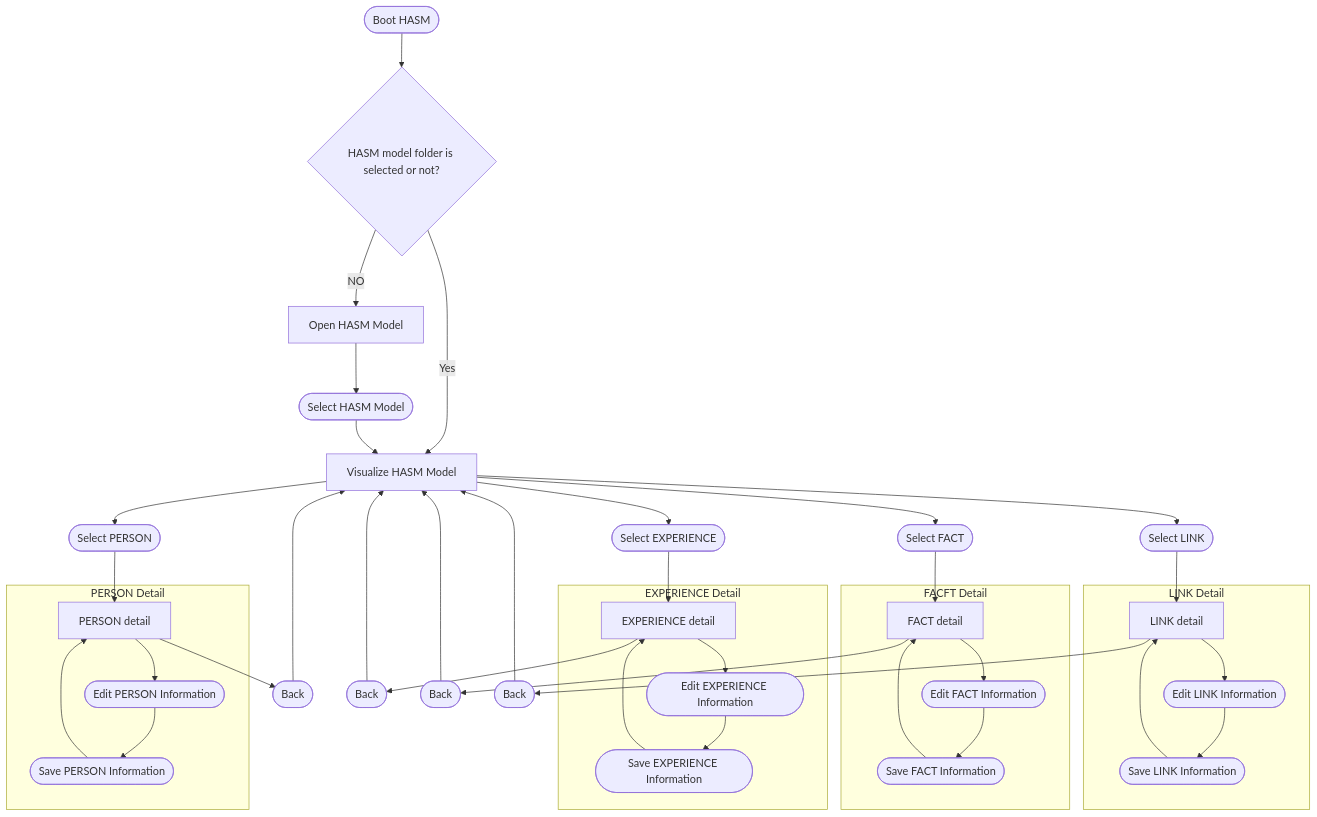
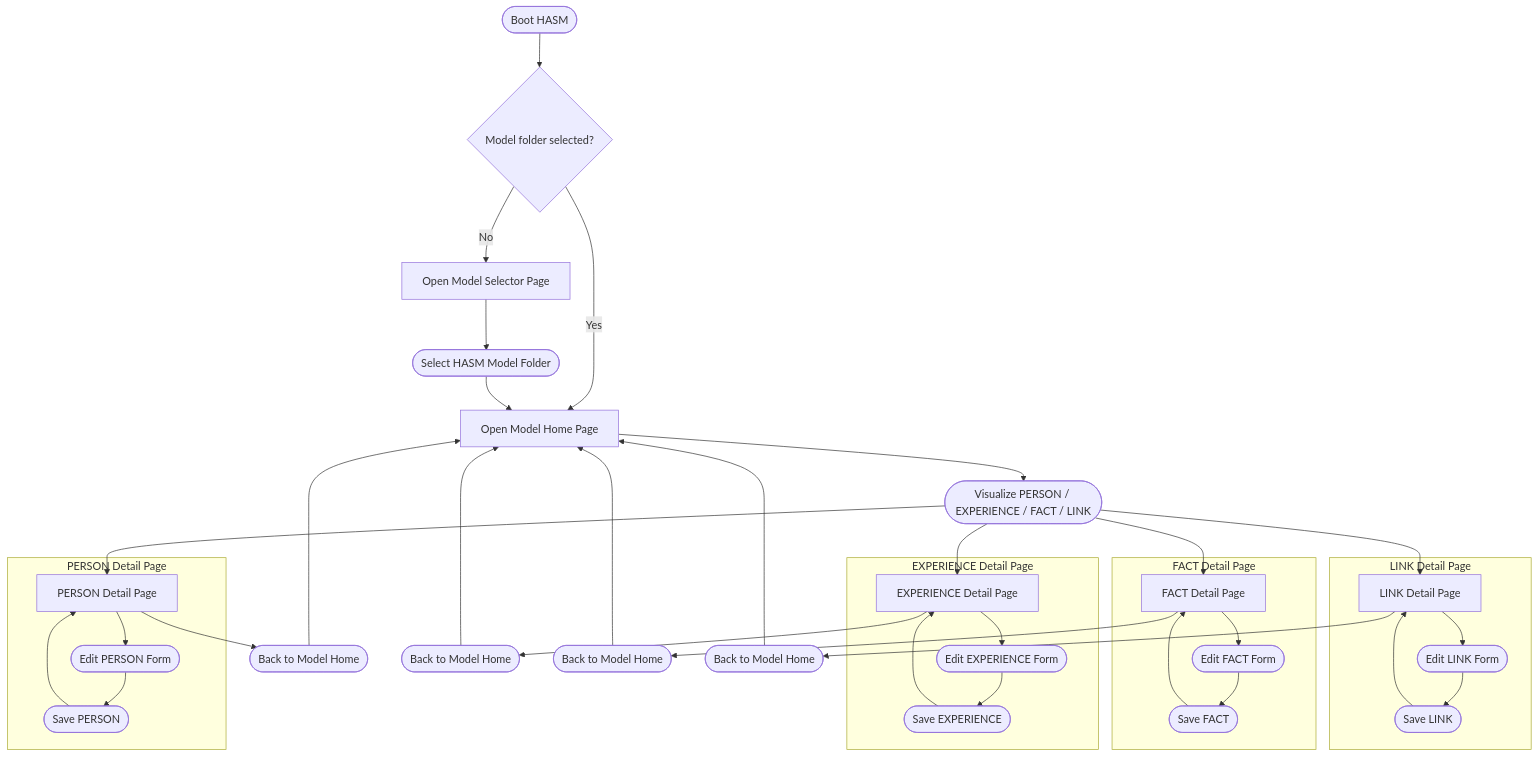
The diagram in docs/arch/06-frontend-hasm-model.md (HibiyaHaraki/hasm), drawn with Mermaid before and after one commit. The commit also changed other lines of this file and 11 other files, not shown here.

````diff
--- a/docs/arch/06-frontend-hasm-model.md
+++ b/docs/arch/06-frontend-hasm-model.md
@@ -8,51 +8,48 @@
 ```mermaid
 flowchart TD
-	A([Boot HASM]) --> B{HASM model folder is selected or not?}
-	B --Yes--> C[Visualize HASM Model]
-	B --NO--> D[Open HASM Model]
-	D --> E([Select HASM Model])
+	A([Boot HASM]) --> B{Model folder selected?}
+	B -- Yes --> C[Open Model Home Page]
+	B -- No --> D[Open Model Selector Page]
+	D --> E([Select HASM Model Folder])
 	E --> C
 
-	C --> P1([Select PERSON])
-	P1 --> P2[PERSON detail]
-	C --> E1([Select EXPERIENCE])
-	E1 --> E2[EXPERIENCE detail]
-	C --> F1([Select FACT])
-	F1 --> F2[FACT detail]
-	C --> L1([Select LINK])
-	L1 --> L2[LINK detail]
+	C --> C1([Visualize PERSON / EXPERIENCE / FACT / LINK])
+	C1 --> P2[PERSON Detail Page]
+	C1 --> E2[EXPERIENCE Detail Page]
+	C1 --> F2[FACT Detail Page]
+	C1 --> L2[LINK Detail Page]
 
-	subgraph "PERSON Detail"
-		P2 --> P3([Edit PERSON Information])
-		P3 --> P4([Save PERSON Information])
+	subgraph "PERSON Detail Page"
+		P2 --> P3([Edit PERSON Form])
+		P3 --> P4([Save PERSON])
 		P4 --> P2
 	end
 
-	subgraph "EXPERIENCE Detail"
-		E2 --> E3([Edit EXPERIENCE Information])
-		E3 --> E4([Save EXPERIENCE Information])
+	subgraph "EXPERIENCE Detail Page"
+		E2 --> E3([Edit EXPERIENCE Form])
+		E3 --> E4([Save EXPERIENCE])
 		E4 --> E2
 	end
 
-	subgraph "FACFT Detail"
-		F2 --> F3([Edit FACT Information])
-		F3 --> F4([Save FACT Information])
+	subgraph "FACT Detail Page"
+		F2 --> F3([Edit FACT Form])
+		F3 --> F4([Save FACT])
 		F4 --> F2
 	end
 
-	subgraph "LINK Detail"
-		L2 --> L3([Edit LINK Information])
-		L3 --> L4([Save LINK Information])
+	subgraph "LINK Detail Page"
+		L2 --> L3([Edit LINK Form])
+		L3 --> L4([Save LINK])
 		L4 --> L2
 	end
 
-	P2 --> P5([Back])
+	P2 --> P5([Back to Model Home])
 	P5 --> C
-	E2 --> E5([Back])
+	E2 --> E5([Back to Model Home])
 	E5 --> C
-	F2 --> F5([Back])
+	F2 --> F5([Back to Model Home])
 	F5 --> C
-	L2 --> L5([Back])
+	L2 --> L5([Back to Model Home])
 	L5 --> C
 
 ```
````
